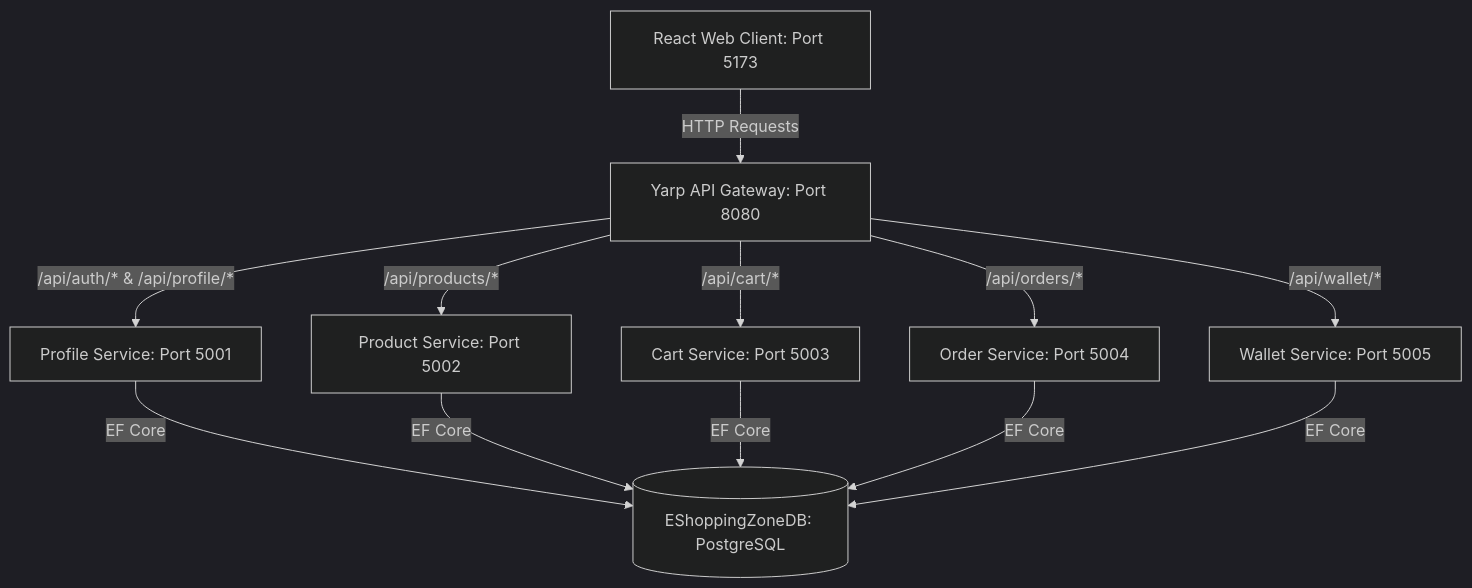
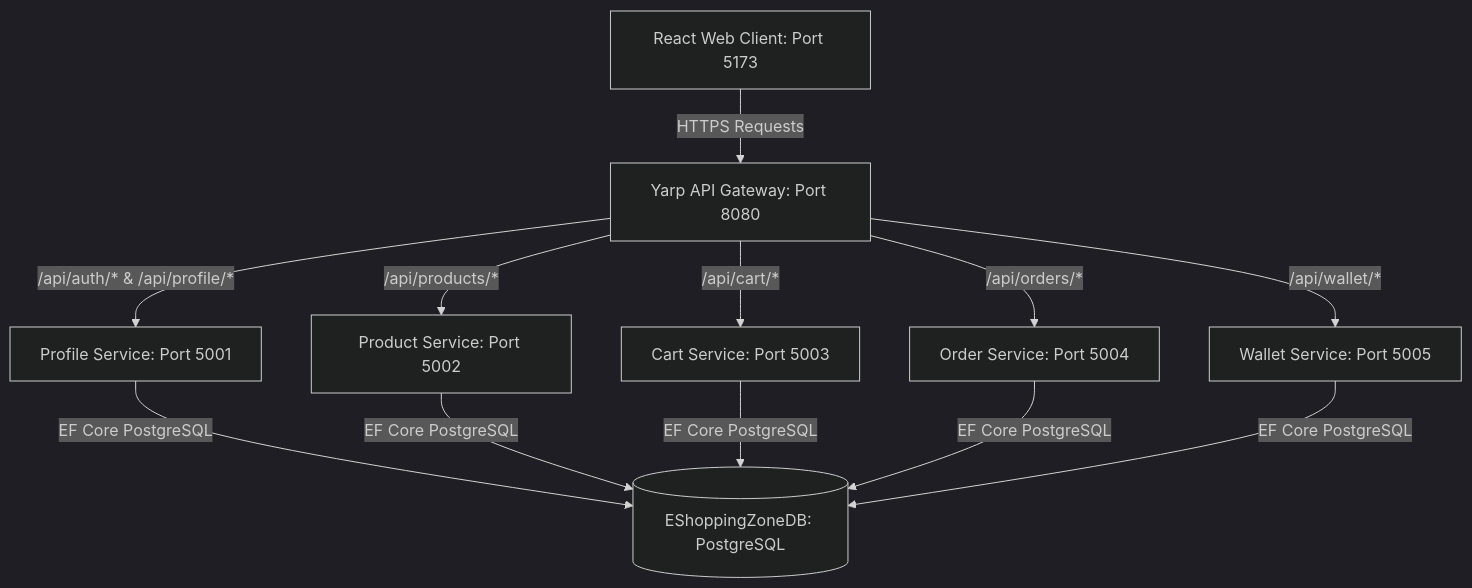
The first of 6 diagrams in README.md (sankalp7060/Basic-Games), drawn with Mermaid (dark theme) before and after one commit. The commit also changed other lines of this file, not shown here.

````diff
--- a/README.md
+++ b/README.md
@@ -10,16 +10,16 @@
 ```mermaid
 graph TD
-    Client[React Web Client: Port 5173] -->|HTTP Requests| Gateway[Yarp API Gateway: Port 8080]
+    Client[React Web Client: Port 5173] -->|HTTPS Requests| Gateway[Yarp API Gateway: Port 8080]
     
     Gateway -->|/api/auth/* & /api/profile/*| Profile[Profile Service: Port 5001]
     Gateway -->|/api/products/*| Product[Product Service: Port 5002]
     Gateway -->|/api/cart/*| Cart[Cart Service: Port 5003]
     Gateway -->|/api/orders/*| Order[Order Service: Port 5004]
     Gateway -->|/api/wallet/*| Wallet[Wallet Service: Port 5005]
     
-    Profile -->|EF Core| DB1[(EShoppingZoneDB: PostgreSQL)]
-    Product -->|EF Core| DB1
-    Cart -->|EF Core| DB1
-    Order -->|EF Core| DB1
-    Wallet -->|EF Core| DB1
+    Profile -->|EF Core PostgreSQL| DB1[(EShoppingZoneDB: PostgreSQL)]
+    Product -->|EF Core PostgreSQL| DB1
+    Cart -->|EF Core PostgreSQL| DB1
+    Order -->|EF Core PostgreSQL| DB1
+    Wallet -->|EF Core PostgreSQL| DB1
 ```
````
